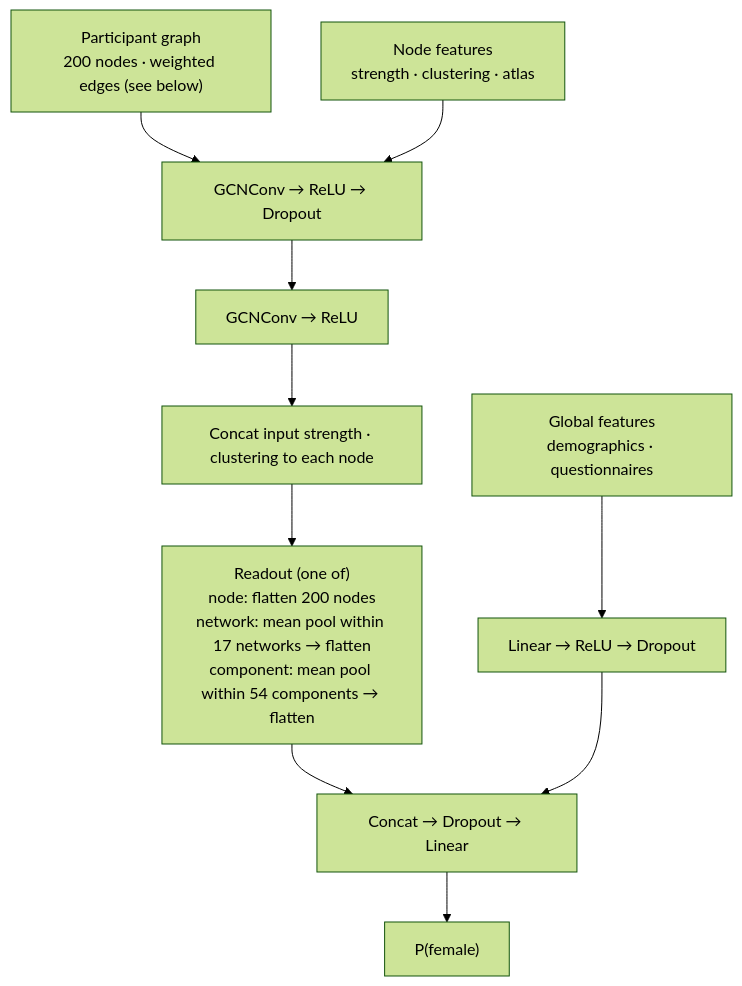
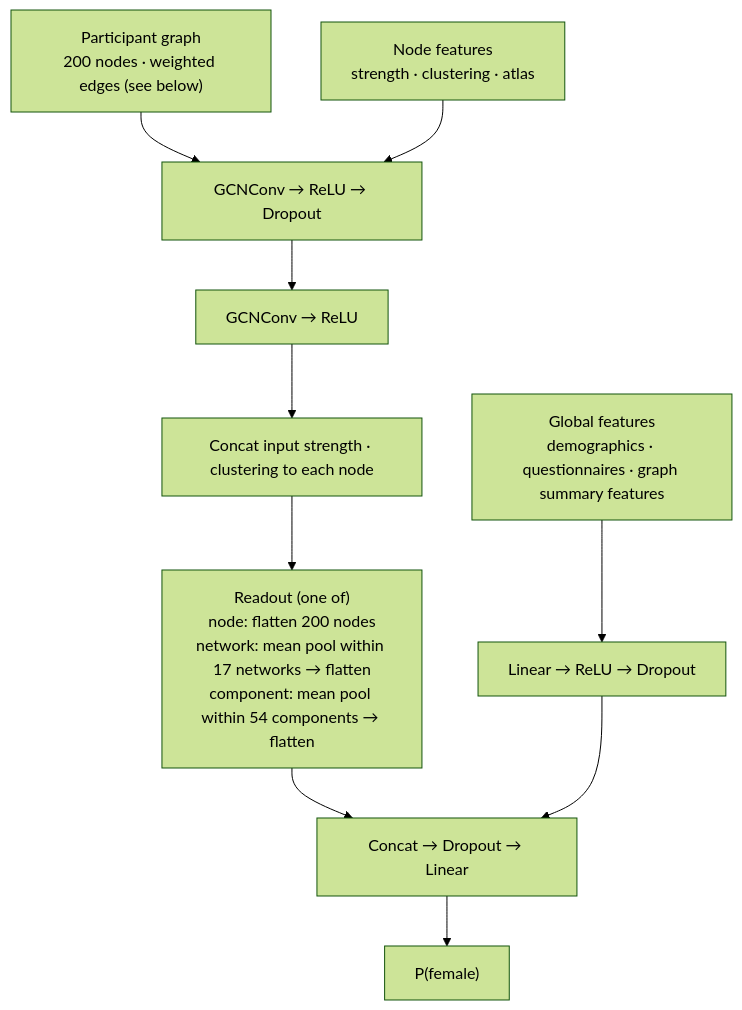
The second of 2 diagrams in README.md (Xuanyuuuu/brain-connectome-gnn), drawn with Mermaid (forest theme) before and after one commit.

Commit message:
README: global branch also uses graph summary features

````diff
--- a/README.md
+++ b/README.md
@@ -49,18 +49,18 @@
 ```mermaid
 flowchart TD
     G["Participant graph<br/>200 nodes · weighted edges (see below)"]
     X["Node features<br/>strength · clustering · atlas"]
-    Q["Global features<br/>demographics · questionnaires"]
+    Q["Global features<br/>demographics · questionnaires · graph summary features"]
     C1["GCNConv → ReLU → Dropout"]
     C2["GCNConv → ReLU"]
     S["Concat input strength · clustering to each node"]
     R["Readout (one of)<br/>node: flatten 200 nodes<br/>network: mean pool within 17 networks → flatten<br/>component: mean pool within 54 components → flatten"]
     M["Linear → ReLU → Dropout"]
     H["Concat → Dropout → Linear"]
     Y["P(female)"]
     G --> C1
     X --> C1
     C1 --> C2 --> S --> R --> H
     Q --> M --> H
     H --> Y
 ```
````
